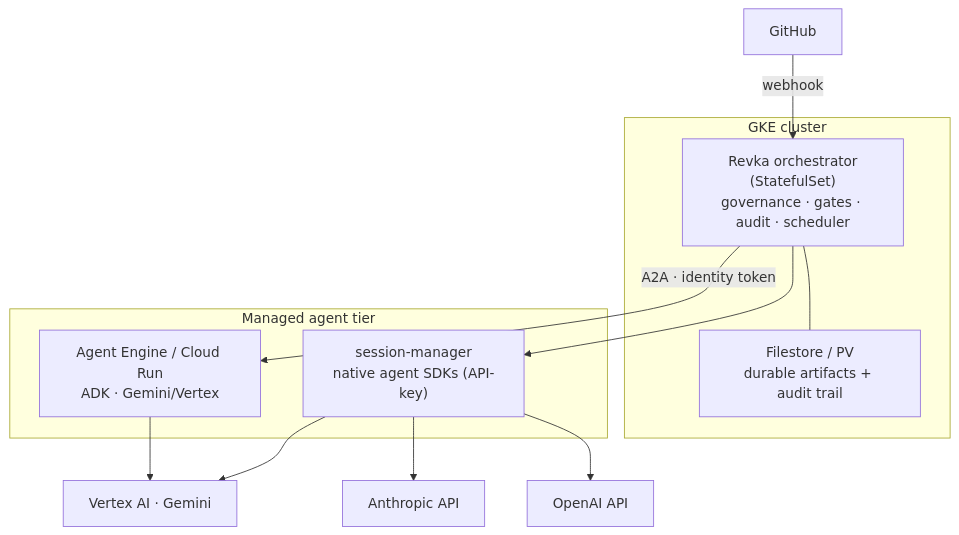
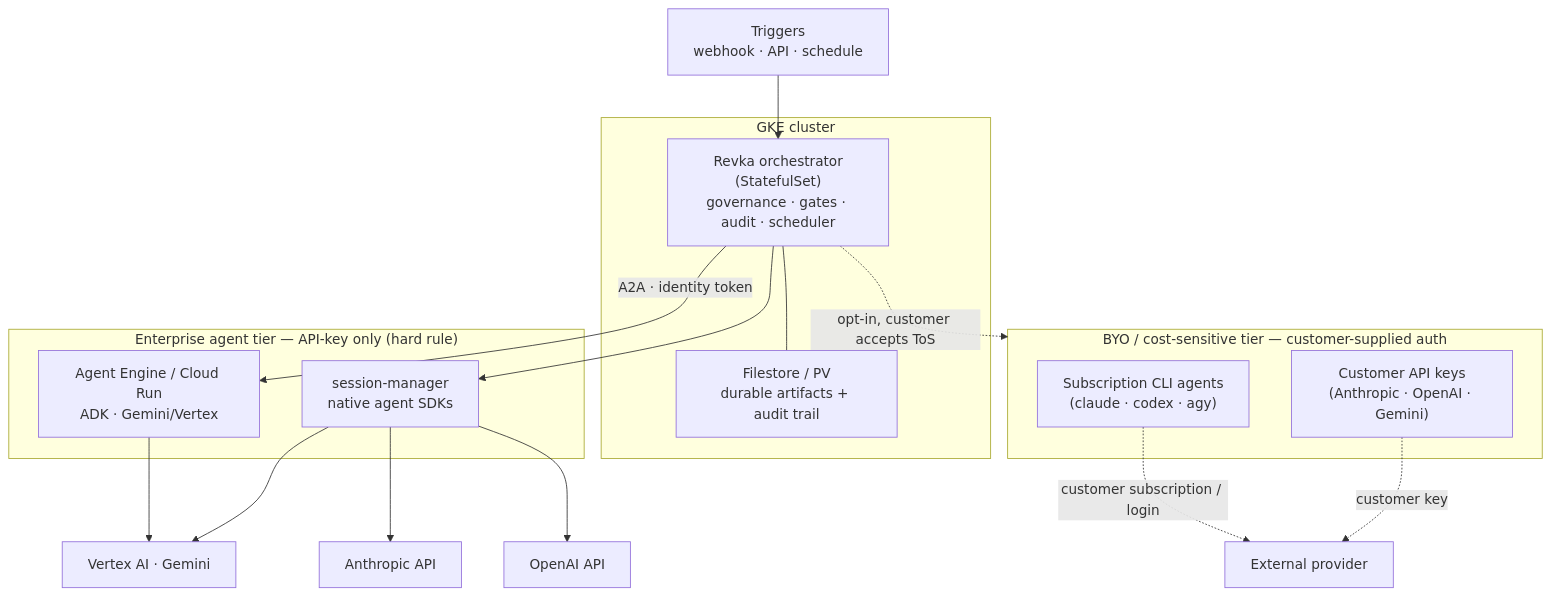
Before and after one commit to KumihoIO/Revka: the first of 2 diagrams in docs/ENTERPRISE_ROADMAP.md, drawn with Mermaid. The commit also changed other lines of this file and 1 other file, not shown here.

Commit message:
docs(track3): refocus submission diagram on Revka+GCP; add BYO tier to enterprise diagram
- Submission diagram: triggers are now pluggable (GitHub label = one demo
  example, not the architecture core); centers Revka on GCP and its service
  integrations (Vertex, Vertex AI Search, Secret Manager, Artifact Registry,
  A2A agents, control plane), with the GitHub repo as the work target and
  Kumiho shown as external memory.
- Enterprise diagram: add the BYO / cost-sensitive agent tier (subscription
  CLIs / customer keys, customer-owned ToS) alongside the API-key enterprise
  tier.

````diff
--- a/docs/ENTERPRISE_ROADMAP.md
+++ b/docs/ENTERPRISE_ROADMAP.md
@@ -28,19 +28,26 @@
 ```mermaid
 flowchart TB
+    TRIG["Triggers\nwebhook · API · schedule"] --> ORCH
     subgraph GKE["GKE cluster"]
         ORCH["Revka orchestrator\n(StatefulSet)\ngovernance · gates · audit · scheduler"]
         FS["Filestore / PV\ndurable artifacts + audit trail"]
         ORCH --- FS
     end
-    subgraph AGENTS["Managed agent tier"]
+    subgraph ENT["Enterprise agent tier — API-key only (hard rule)"]
         AE["Agent Engine / Cloud Run\nADK · Gemini/Vertex"]
-        SM["session-manager\nnative agent SDKs (API-key)"]
+        SM["session-manager\nnative agent SDKs"]
     end
-    GH["GitHub"] -->|webhook| ORCH
+    subgraph BYO["BYO / cost-sensitive tier — customer-supplied auth"]
+        BYOCLI["Subscription CLI agents\n(claude · codex · agy)"]
+        BYOKEY["Customer API keys\n(Anthropic · OpenAI · Gemini)"]
+    end
     ORCH -->|A2A · identity token| AE
     ORCH --> SM
+    ORCH -. "opt-in, customer accepts ToS" .-> BYO
     AE --> VTX["Vertex AI · Gemini"]
     SM --> VTX
     SM --> ANT["Anthropic API"]
     SM --> OAI["OpenAI API"]
+    BYOCLI -. "customer subscription / login" .-> EXT["External provider"]
+    BYOKEY -. "customer key" .-> EXT
 ```
````
